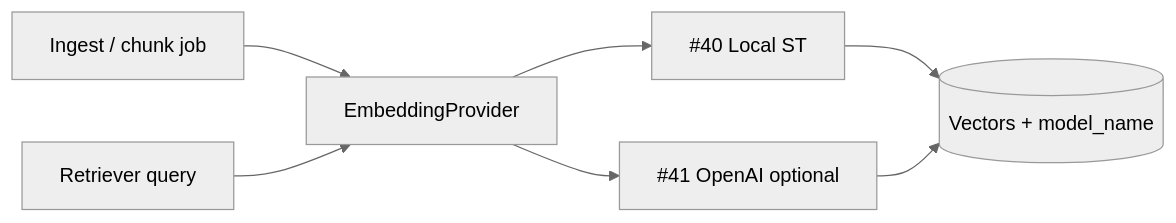
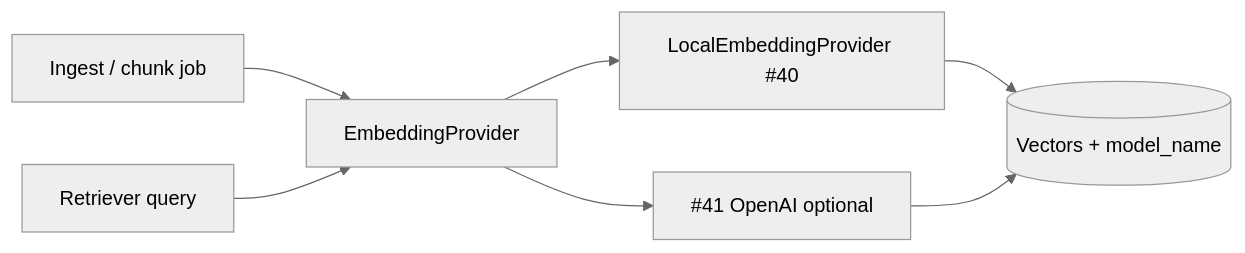
The first of 3 diagrams in docs/architecture/RAG_ARCHITECTURE.md (bluefate/spacebio-evidence-engine), drawn with Mermaid (neutral theme) before and after one commit. The commit also changed other lines of this file and 7 other files, not shown here.

First line of the commit message:
Add LocalEmbeddingProvider with configurable Sentence Transformers model.

````diff
--- a/docs/architecture/RAG_ARCHITECTURE.md
+++ b/docs/architecture/RAG_ARCHITECTURE.md
@@ -29,9 +30,9 @@
 ```mermaid
 flowchart LR
   ingest[Ingest / chunk job] --> iface[EmbeddingProvider]
   query[Retriever query] --> iface
-  iface --> local[#40 Local ST]
+  iface --> local[LocalEmbeddingProvider #40]
   iface --> openai[#41 OpenAI optional]
   local --> vectors[(Vectors + model_name)]
   openai --> vectors
 ```
````
